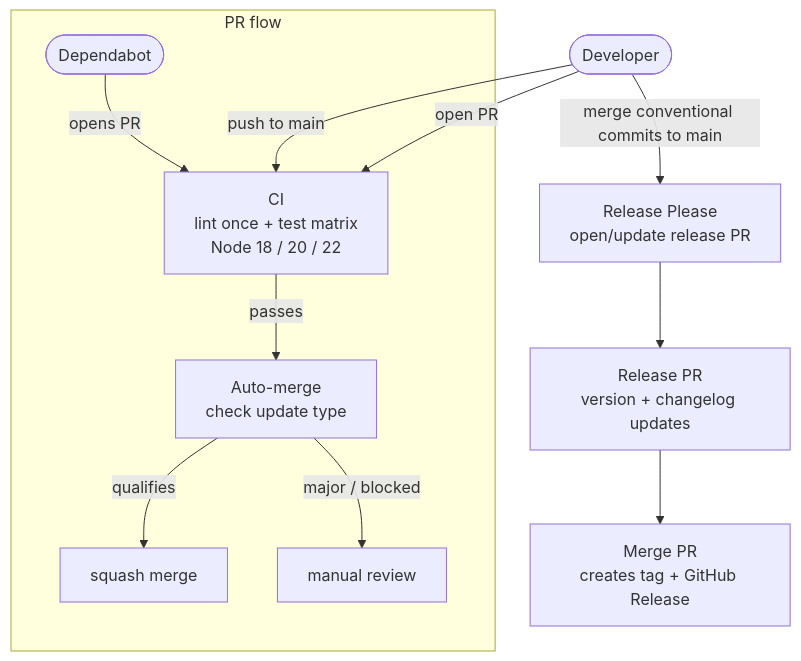
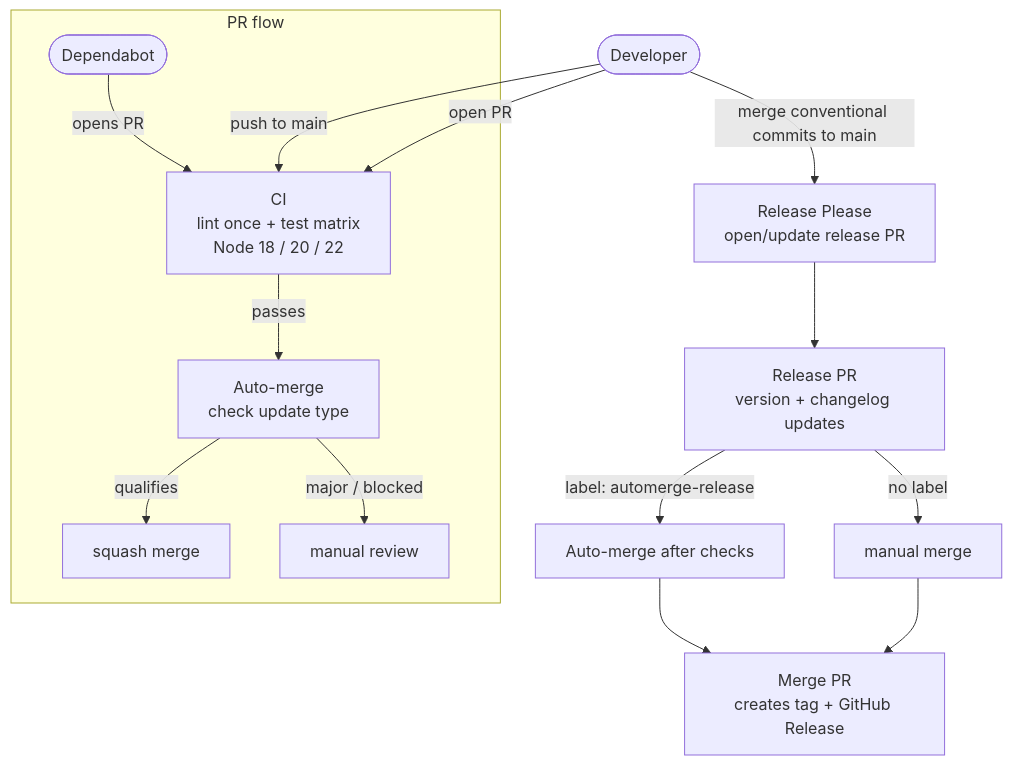
The diagram in docs/github-actions.md (Paaaddy/ioBroker.vedirect), drawn with Mermaid before and after one commit. The commit also changed other lines of this file and 3 other files, not shown here.

Commit message:
ci: gate release auto-merge behind label

````diff
--- a/docs/github-actions.md
+++ b/docs/github-actions.md
@@ -44,21 +50,24 @@
 ```mermaid
 flowchart TD
     DEV([Developer])
 
     DEV -->|push to main| CI
     DEV -->|open PR| CI
     DEV -->|merge conventional commits to main| REL
 
     CI["CI\nlint once + test matrix\nNode 18 / 20 / 22"]
 
     subgraph PR flow
         BOT([Dependabot]) -->|opens PR| CI
         CI -->|passes| AM["Auto-merge\ncheck update type"]
         AM -->|qualifies| MERGE[squash merge]
         AM -->|major / blocked| MANUAL[manual review]
     end
 
     REL["Release Please\nopen/update release PR"]
     REL --> RPR["Release PR\nversion + changelog updates"]
-    RPR --> GHR["Merge PR\ncreates tag + GitHub Release"]
+    RPR -->|label: automerge-release| RAM["Auto-merge after checks"]
+    RPR -->|no label| MANREL[manual merge]
+    RAM --> GHR["Merge PR\ncreates tag + GitHub Release"]
+    MANREL --> GHR
 ```
````
